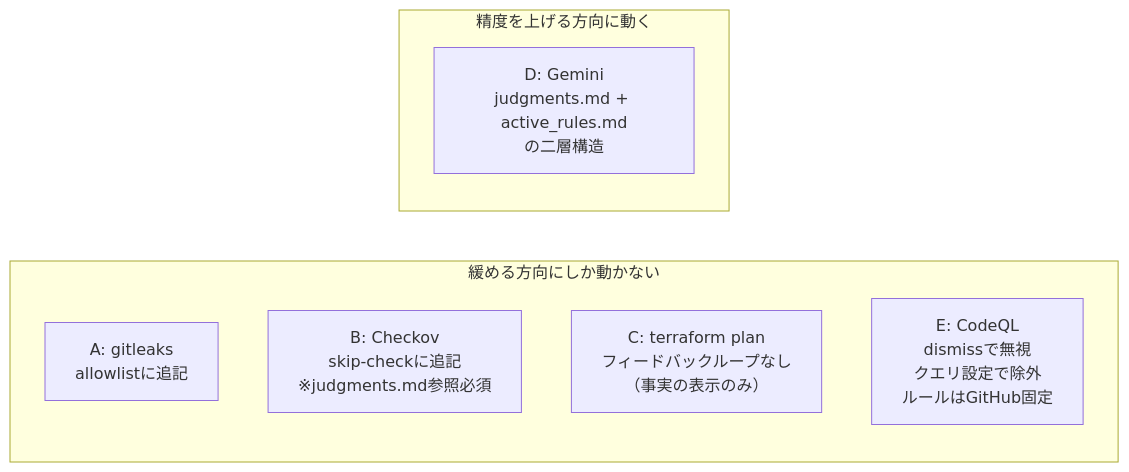
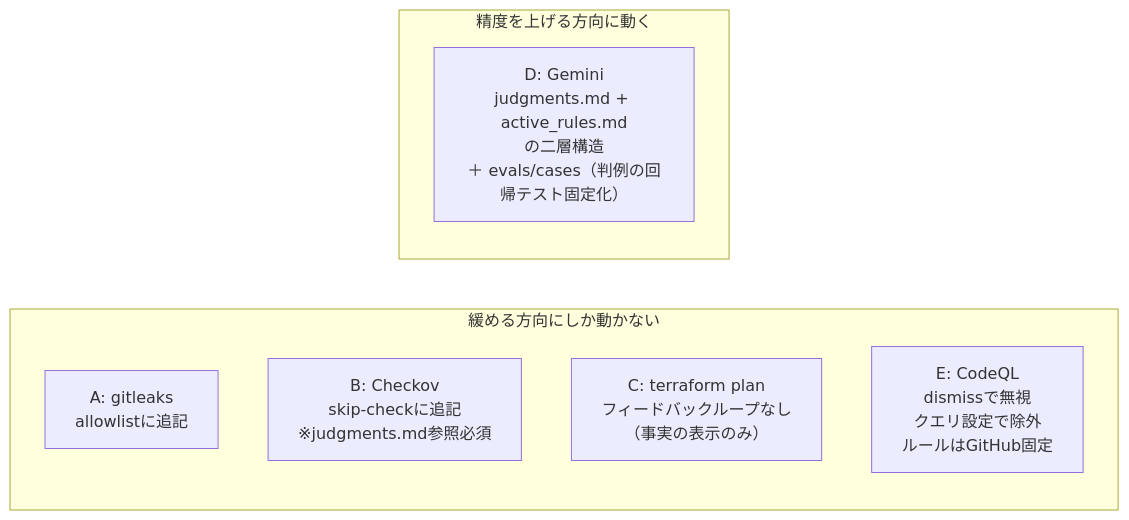
One commit to shinkawamisaki/gcp-base changed the fifth of 7 diagrams in docs/QUALITY_FEEDBACK_LOOP.md. Above: the diagram before and after it, drawn with Mermaid. The commit also changed other lines of this file and 2 other files, not shown here.

````diff
--- a/docs/QUALITY_FEEDBACK_LOOP.md
+++ b/docs/QUALITY_FEEDBACK_LOOP.md
@@ -137,13 +138,13 @@
 ```mermaid
 flowchart LR
     subgraph LOOSE["緩める方向にしか動かない"]
         A2["A: gitleaks<br>allowlistに追記"]
         B2["B: Checkov<br>skip-checkに追記<br>※judgments.md参照必須"]
         C2["C: terraform plan<br>フィードバックループなし<br>（事実の表示のみ）"]
         E2["E: CodeQL<br>dismissで無視<br>クエリ設定で除外<br>ルールはGitHub固定"]
     end
 
     subgraph TIGHT["精度を上げる方向に動く"]
-        D2["D: Gemini<br>judgments.md + active_rules.md<br>の二層構造"]
+        D2["D: Gemini<br>judgments.md + active_rules.md<br>の二層構造<br>＋ evals/cases（判例の回帰テスト固定化）"]
     end
 ```
````
